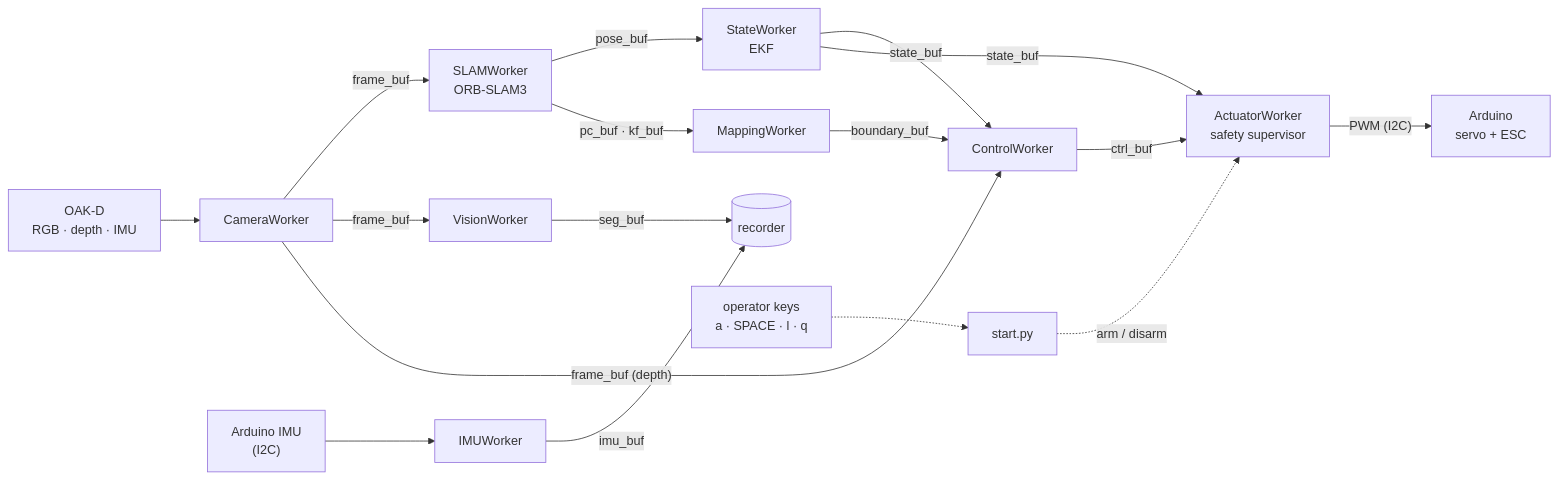
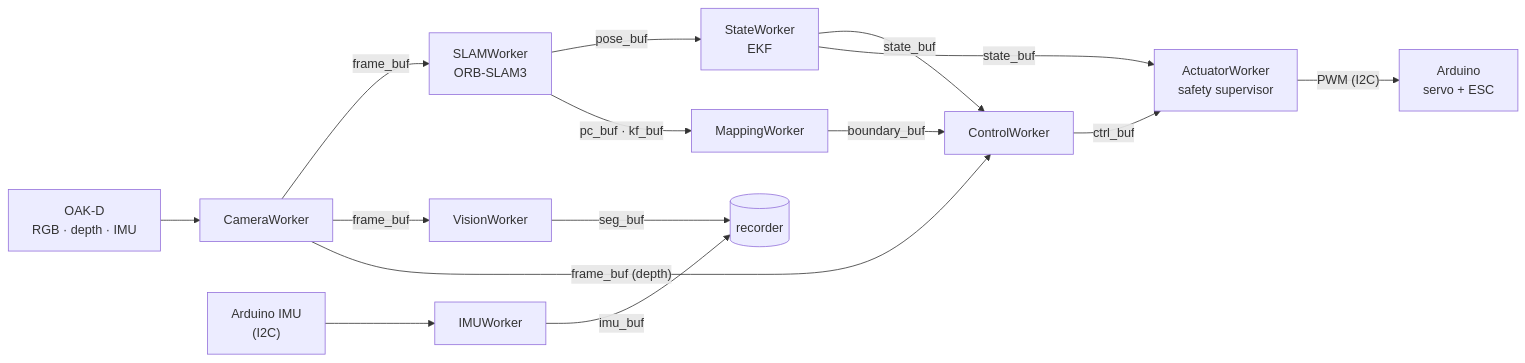
The diagram in README.md (UTASR-UT-Autonomous-Scale-Racing/pilot_core), drawn with Mermaid before and after one commit. The commit also changed other lines of this file and 12 other files, not shown here.

````diff
--- a/README.md
+++ b/README.md
@@ -40,18 +28,17 @@
 ```mermaid
 flowchart LR
     oakd["OAK-D<br/>RGB · depth · IMU"] --> cam[CameraWorker]
     ard["Arduino IMU<br/>(I2C)"] --> imu[IMUWorker]
     cam -- frame_buf --> slam[SLAMWorker<br/>ORB-SLAM3]
     cam -- frame_buf --> vis[VisionWorker]
     cam -- "frame_buf (depth)" --> ctrl
     slam -- pose_buf --> state[StateWorker<br/>EKF]
     slam -- "pc_buf · kf_buf" --> map[MappingWorker]
     map -- boundary_buf --> ctrl[ControlWorker]
     state -- state_buf --> ctrl
     state -- state_buf --> act
     ctrl -- ctrl_buf --> act[ActuatorWorker<br/>safety supervisor]
     act -- "PWM (I2C)" --> servo["Arduino<br/>servo + ESC"]
     vis -- seg_buf --> rec[(recorder)]
     imu -- imu_buf --> rec
-    keys["operator keys<br/>a · SPACE · l · q"] -.-> start[start.py] -.->|arm / disarm| act
 ```
````
